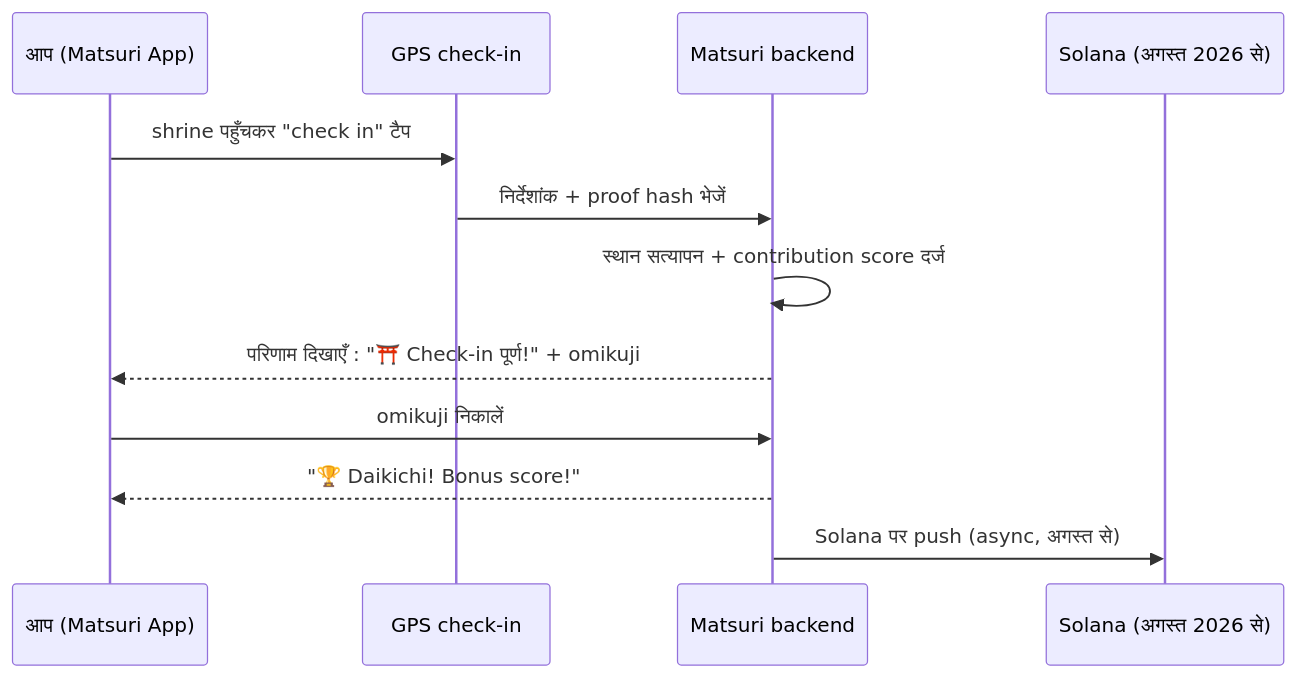
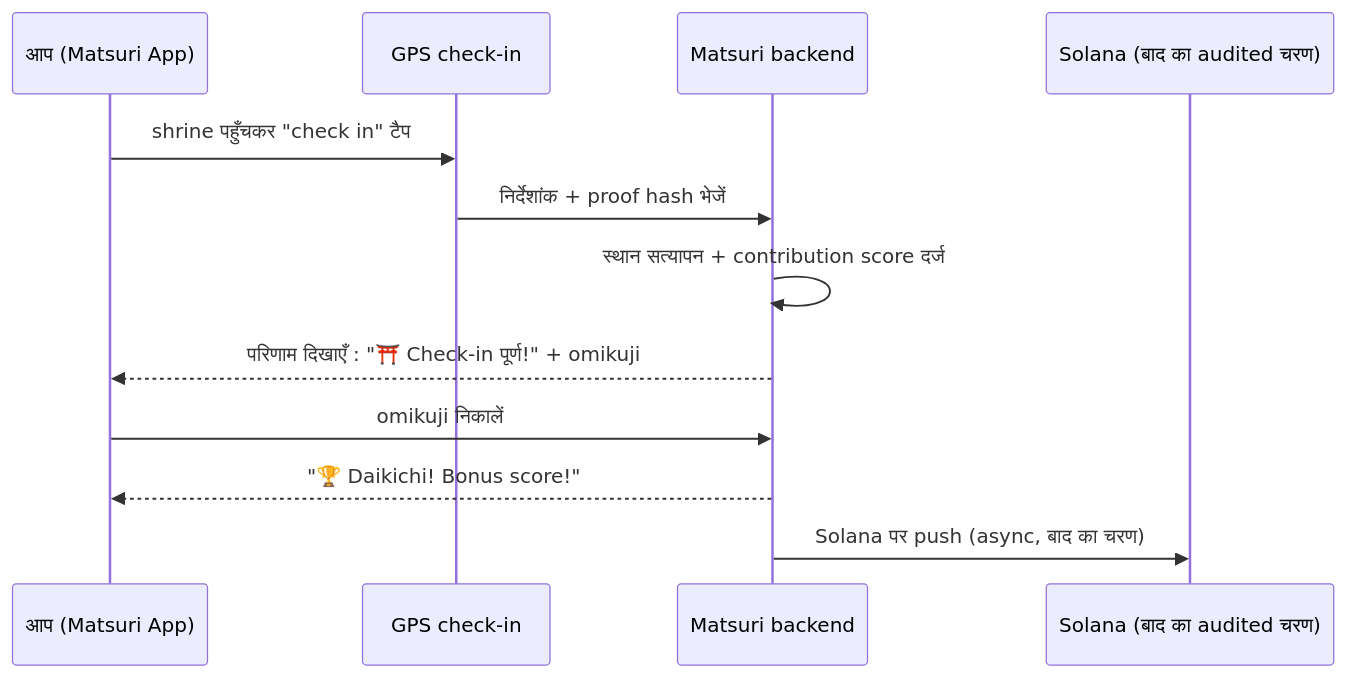
One commit to Cootakahashi/matsuri-dao-whitepaper changed the third of 4 diagrams in i18n/hi/docusaurus-plugin-content-docs/current/04-mining.md. Above: the diagram before and after it, drawn with Mermaid. The commit also changed other lines of this file and 79 other files, not shown here.

First line of the commit message:
docs: re-sequence on-chain roadmap to match the staged Hashlock audit (20 locales)

````diff
--- a/i18n/hi/docusaurus-plugin-content-docs/current/04-mining.md
+++ b/i18n/hi/docusaurus-plugin-content-docs/current/04-mining.md
@@ -109,15 +109,15 @@
 ```mermaid
 sequenceDiagram
     participant U as आप (Matsuri App)
     participant GPS as GPS check-in
     participant API as Matsuri backend
-    participant SC as Solana (अगस्त 2026 से)
+    participant SC as Solana (बाद का audited चरण)
 
     U->>GPS: shrine पहुँचकर "check in" टैप
     GPS->>API: निर्देशांक + proof hash भेजें
     API->>API: स्थान सत्यापन + contribution score दर्ज
     API-->>U: परिणाम दिखाएँ : "⛩️ Check-in पूर्ण!" + omikuji
     U->>API: omikuji निकालें
     API-->>U: "🏆 Daikichi! Bonus score!"
-    API->>SC: Solana पर push (async, अगस्त से)
+    API->>SC: Solana पर push (async, बाद का चरण)
 ```
````
